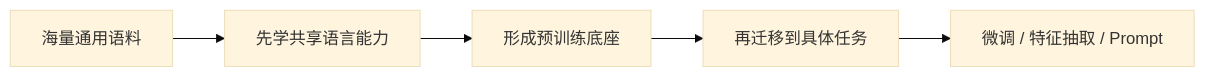
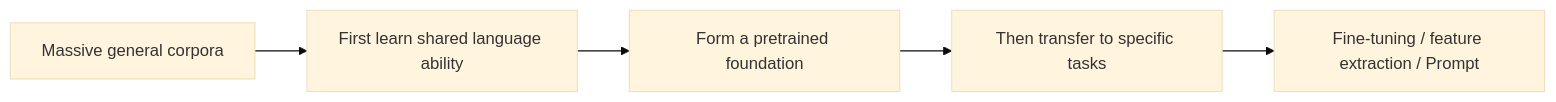
Before and after one commit to oudbiao/AI-fullstack-course: the diagram in docs/ch11-nlp/ch06-pretrained/01-pretrain-paradigm.md, drawn with Mermaid (base theme). The commit also changed other lines of this file and 1406 other files, not shown here.

````diff
--- a/docs/ch11-nlp/ch06-pretrained/01-pretrain-paradigm.md
+++ b/docs/ch11-nlp/ch06-pretrained/01-pretrain-paradigm.md
@@ -49,7 +49,7 @@
 ```mermaid
 flowchart LR
-    A["海量通用语料"] --> B["先学共享语言能力"]
-    B --> C["形成预训练底座"]
-    C --> D["再迁移到具体任务"]
-    D --> E["微调 / 特征抽取 / Prompt"]
+    A["Massive general corpora"] --> B["First learn shared language ability"]
+    B --> C["Form a pretrained foundation"]
+    C --> D["Then transfer to specific tasks"]
+    D --> E["Fine-tuning / feature extraction / Prompt"]
 ```
````
